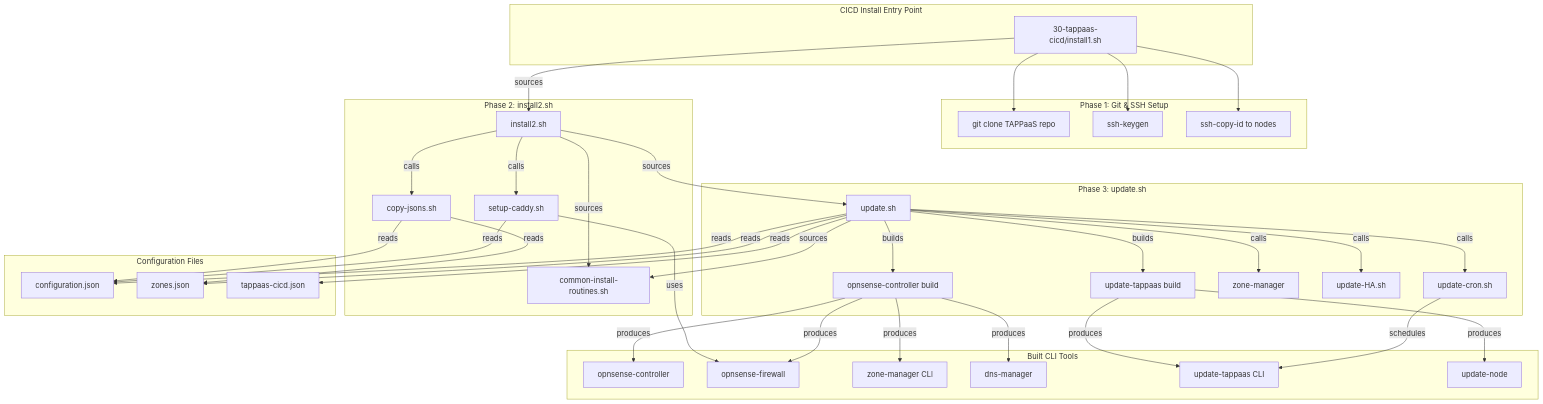
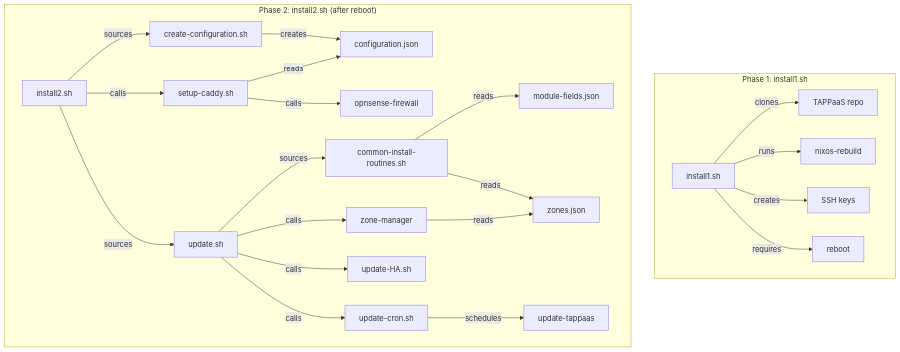
The second of 8 diagrams in src/foundation/DEPENDENCIES.md (TAPPaaS/TAPPaaS), drawn with Mermaid before and after one commit. The commit also changed other lines of this file and 50 other files, not shown here.

````diff
--- a/src/foundation/DEPENDENCIES.md
+++ b/src/foundation/DEPENDENCIES.md
@@ -111,79 +74,32 @@
 ```mermaid
 graph TD
-    subgraph "CICD Install Entry Point"
-        A[30-tappaas-cicd/install1.sh]
+    subgraph "Phase 1: install1.sh"
+        A[install1.sh] -->|clones| B[TAPPaaS repo]
+        A -->|runs| C[nixos-rebuild]
+        A -->|creates| D[SSH keys]
+        A -->|requires| E[reboot]
     end
 
-    subgraph "Phase 1: Git & SSH Setup"
-        B[git clone TAPPaaS repo]
-        C[ssh-keygen]
-        D[ssh-copy-id to nodes]
+    subgraph "Phase 2: install2.sh (after reboot)"
+        F[install2.sh] -->|sources| G[create-configuration.sh]
+        F -->|calls| H[setup-caddy.sh]
+        F -->|sources| I[update.sh]
+
+        G -->|creates| J[configuration.json]
+
+        H -->|reads| J
+        H -->|calls| K[opnsense-firewall]
+
+        I -->|sources| L[common-install-routines.sh]
+        I -->|calls| M[zone-manager]
+        I -->|calls| N[update-HA.sh]
+        I -->|calls| O[update-cron.sh]
+
+        L -->|reads| P[module-fields.json]
+        L -->|reads| Q[zones.json]
+
+        M -->|reads| Q
+
+        O -->|schedules| R[update-tappaas]
     end
-
-    subgraph "Phase 2: install2.sh"
-        E[install2.sh]
-        F[common-install-routines.sh]
-        G[copy-jsons.sh]
-        H[setup-caddy.sh]
-    end
-
-    subgraph "Phase 3: update.sh"
-        I[update.sh]
-        J[opnsense-controller build]
-        K[update-tappaas build]
-        L[zone-manager]
-        M[update-HA.sh]
-        N[update-cron.sh]
-    end
-
-    subgraph "Configuration Files"
-        O[configuration.json]
-        P[zones.json]
-        Q[tappaas-cicd.json]
-    end
-
-    subgraph "Built CLI Tools"
-        R[opnsense-controller]
-        S[opnsense-firewall]
-        T[zone-manager CLI]
-        U[dns-manager]
-        V[update-tappaas CLI]
-        W[update-node]
-    end
-
-    A --> B
-    A --> C
-    A --> D
-    A -->|sources| E
-
-    E -->|sources| F
-    E -->|calls| G
-    E -->|sources| I
-    E -->|calls| H
-
-    G -->|reads| O
-    G -->|reads| P
-
-    H -->|reads| O
-    H -->|uses| S
-
-    I -->|sources| F
-    I -->|builds| J
-    I -->|builds| K
-    I -->|calls| L
-    I -->|calls| M
-    I -->|calls| N
-    I -->|reads| O
-    I -->|reads| P
-    I -->|reads| Q
-
-    J -->|produces| R
-    J -->|produces| S
-    J -->|produces| T
-    J -->|produces| U
-
-    K -->|produces| V
-    K -->|produces| W
-
-    N -->|schedules| V
 ```
````
